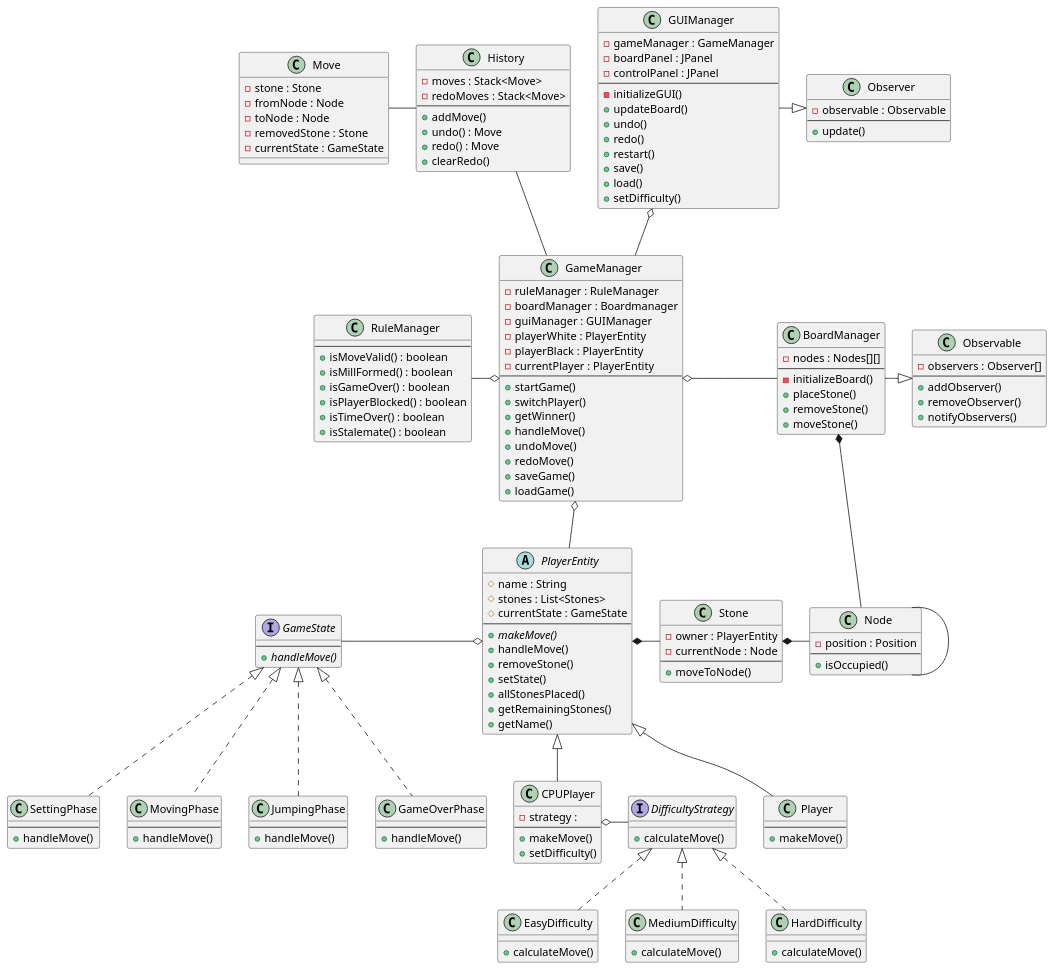
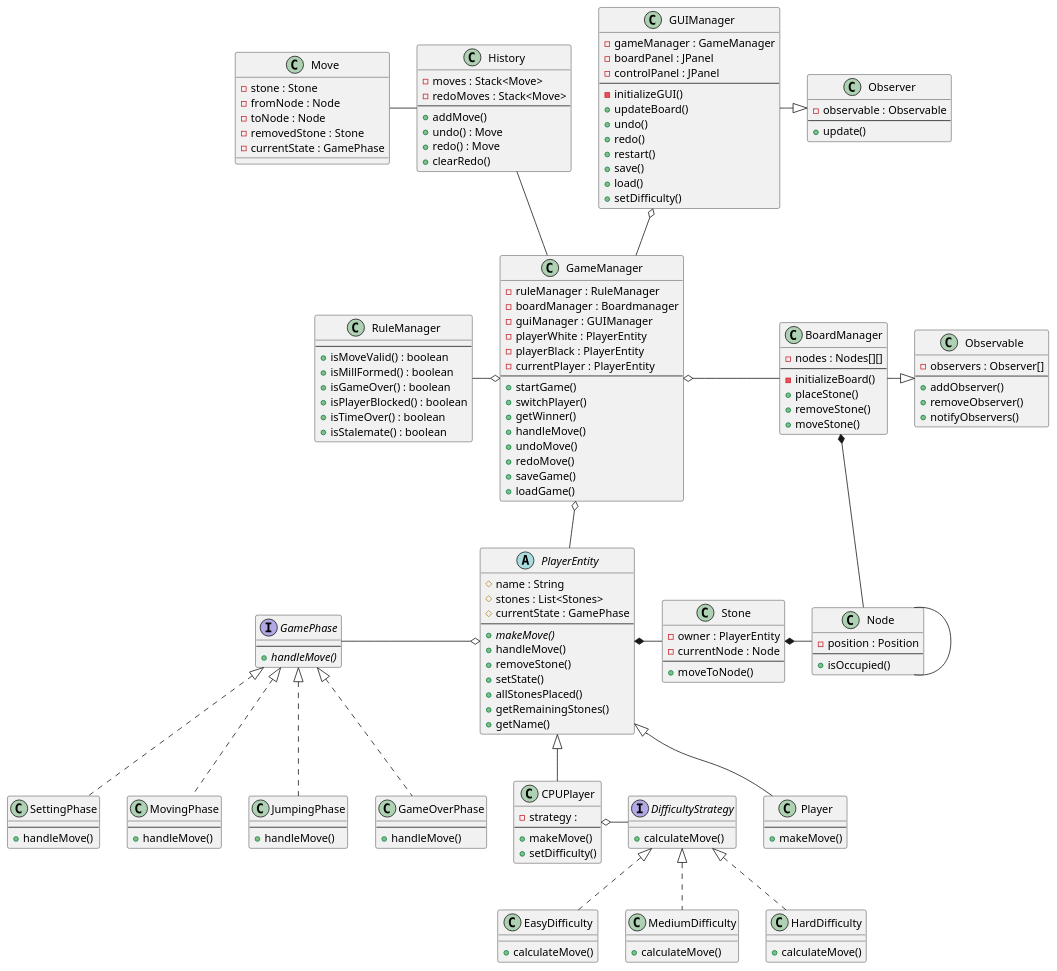
Before and after one commit to RyanMikus/muehlespiel_java_fs25: the diagram in Diagrams/ClassdiagramV2.puml, drawn with PlantUML. The commit also changed 14 other files, not shown here.

Commit message:
Added setting and moving phase

```diff
--- a/Diagrams/ClassdiagramV2.puml
+++ b/Diagrams/ClassdiagramV2.puml
@@ -1,197 +1,197 @@
 @startuml
 
 class GameManager{
 - ruleManager : RuleManager
 - boardManager : Boardmanager
 - guiManager : GUIManager
 - playerWhite : PlayerEntity
 - playerBlack : PlayerEntity
 - currentPlayer : PlayerEntity
 --
 + startGame()
 + switchPlayer()
 + getWinner()
 + handleMove()
 + undoMove()
 + redoMove()
 + saveGame()
 + loadGame()
 }
 
 class RuleManager{
 --
 + isMoveValid() : boolean
 + isMillFormed() : boolean
 + isGameOver() : boolean
 + isPlayerBlocked() : boolean
 + isTimeOver() : boolean
 + isStalemate() : boolean
 }
 
 class BoardManager{
 - nodes : Nodes[][]
 --
 - initializeBoard()
 + placeStone()
 + removeStone()
 + moveStone()
 }
 
 class GUIManager{
 - gameManager : GameManager
 - boardPanel : JPanel
 - controlPanel : JPanel
 --
 - initializeGUI()
 + updateBoard()
 + undo()
 + redo()
 + restart()
 + save()
 + load()
 + setDifficulty()
 }
 
-interface GameState{
+interface GamePhase{
 --
 + {abstract} handleMove()
 }
 
 class SettingPhase{
 --
 + handleMove()
 }
 
 class MovingPhase{
 --
 + handleMove()
 }
 
 class JumpingPhase{
 --
 + handleMove()
 }
 
 class GameOverPhase{
 --
 + handleMove()
 }
 
 class Stone{
 - owner : PlayerEntity
 - currentNode : Node
 --
 + moveToNode()
 }
 
 class Node{
 - position : Position
 --
 + isOccupied()
 }
 
 abstract class PlayerEntity{
 # name : String
 # stones : List<Stones>
-# currentState : GameState
+# currentState : GamePhase
 --
 + {abstract} makeMove()
 + handleMove()
 + removeStone()
 + setState()
 + allStonesPlaced()
 + getRemainingStones()
 + getName()
 }
 
 class Player{
 --
 + makeMove()
 }
 
 class CPUPlayer{
 - strategy : 
 --
 + makeMove()
 + setDifficulty()
 }
 
 class History{
 - moves : Stack<Move>
 - redoMoves : Stack<Move>
 --
 + addMove()
 + undo() : Move
 + redo() : Move
 + clearRedo()
 }
 
 class Move{
 - stone : Stone
 - fromNode : Node
 - toNode : Node
 - removedStone : Stone
-- currentState : GameState
+- currentState : GamePhase
 }
 
 class Observable{
 - observers : Observer[]
 --
 + addObserver()
 + removeObserver()
 + notifyObservers()
 }
 
 class Observer{
 - observable : Observable
 --
 + update()
 }
 
 interface DifficultyStrategy{
 + calculateMove()
 }
 
 class EasyDifficulty{
 + calculateMove()
 }
 
 class MediumDifficulty{
 + calculateMove()
 }
 
 class HardDifficulty{
 + calculateMove()
 }
 
 RuleManager -o GameManager
 GUIManager o-- GameManager
 GameManager o- BoardManager
 History -- GameManager
 GameManager o-- PlayerEntity
 
-GameState <|.. SettingPhase
-GameState <|.. JumpingPhase
-GameState <|.. MovingPhase
-GameState <|.. GameOverPhase
-GameState -o PlayerEntity
+GamePhase <|.. SettingPhase
+GamePhase <|.. JumpingPhase
+GamePhase <|.. MovingPhase
+GamePhase <|.. GameOverPhase
+GamePhase -o PlayerEntity
 
 PlayerEntity <|-- Player
 PlayerEntity <|-- CPUPlayer
 CPUPlayer o- DifficultyStrategy
 PlayerEntity *- Stone
 
 DifficultyStrategy <|.. EasyDifficulty
 DifficultyStrategy <|.. MediumDifficulty
 DifficultyStrategy <|.. HardDifficulty
 
 BoardManager *-- Node
 BoardManager -|> Observable
 Stone *- Node
 Node - Node
 
 Move - History
 
 GUIManager -|> Observer
 
 @enduml
```
